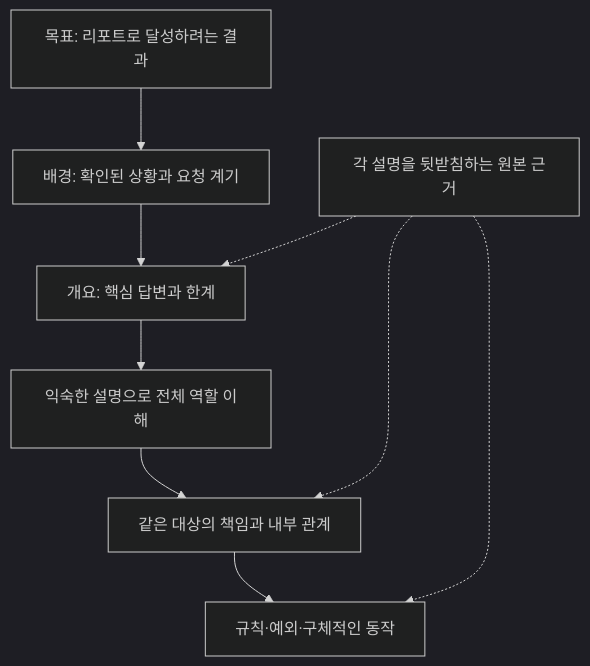
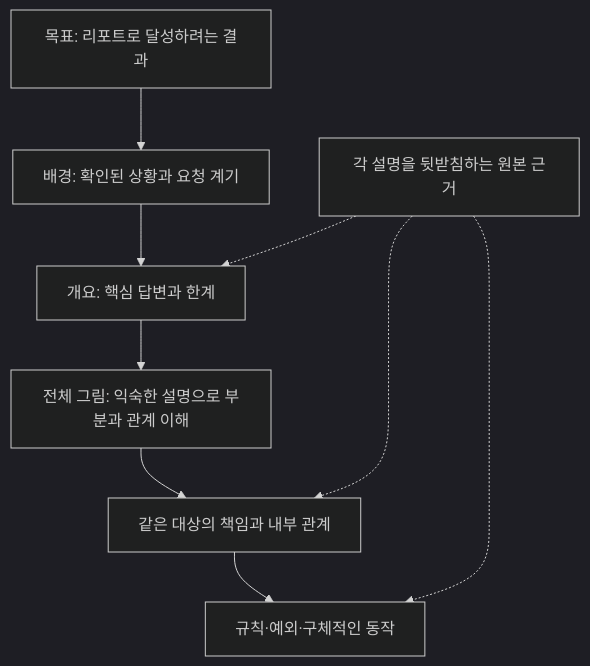
The diagram in docs/adr/reporting/domain-navigation/0001-domain-first-report-navigation.md (haandol/alps-writer-plugins), drawn with Mermaid (dark theme) before and after one commit. The commit also changed other lines of this file and 114 other files, not shown here.

````diff
--- a/docs/adr/reporting/domain-navigation/0001-domain-first-report-navigation.md
+++ b/docs/adr/reporting/domain-navigation/0001-domain-first-report-navigation.md
@@ -54,11 +59,11 @@
 ```mermaid
 flowchart TD
     P["목표: 리포트로 달성하려는 결과"] --> R["배경: 확인된 상황과 요청 계기"]
     R --> A["개요: 핵심 답변과 한계"]
-    A --> B["익숙한 설명으로 전체 역할 이해"]
+    A --> B["전체 그림: 익숙한 설명으로 부분과 관계 이해"]
     B --> C["같은 대상의 책임과 내부 관계"]
     C --> D["규칙·예외·구체적인 동작"]
     E["각 설명을 뒷받침하는 원본 근거"] -.-> A
     E -.-> C
     E -.-> D
 ```
````
